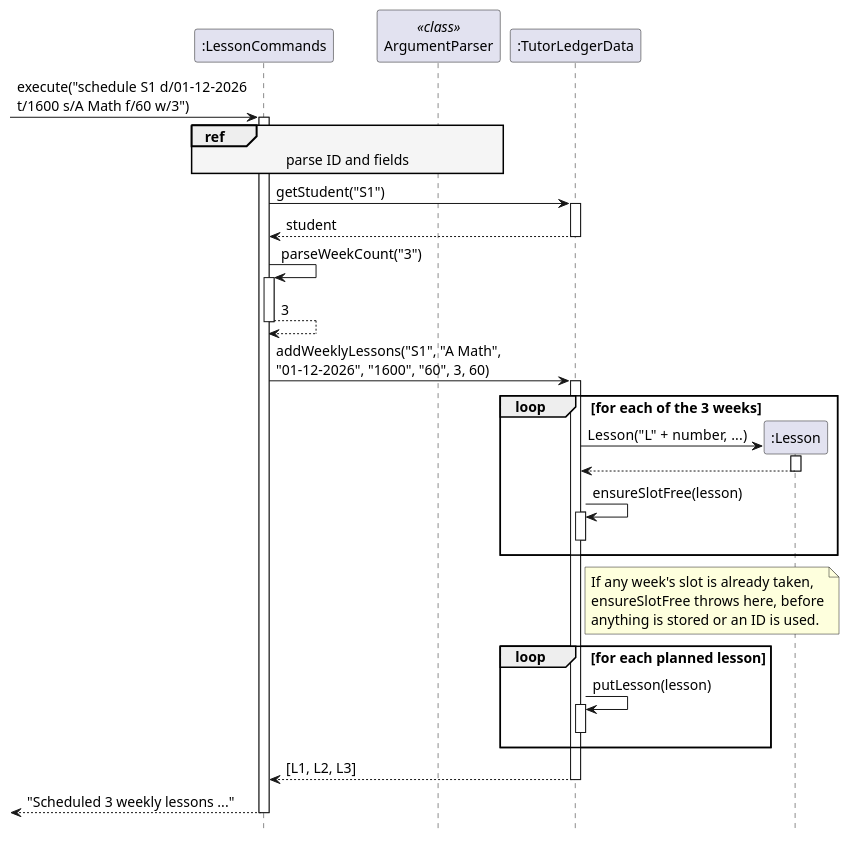
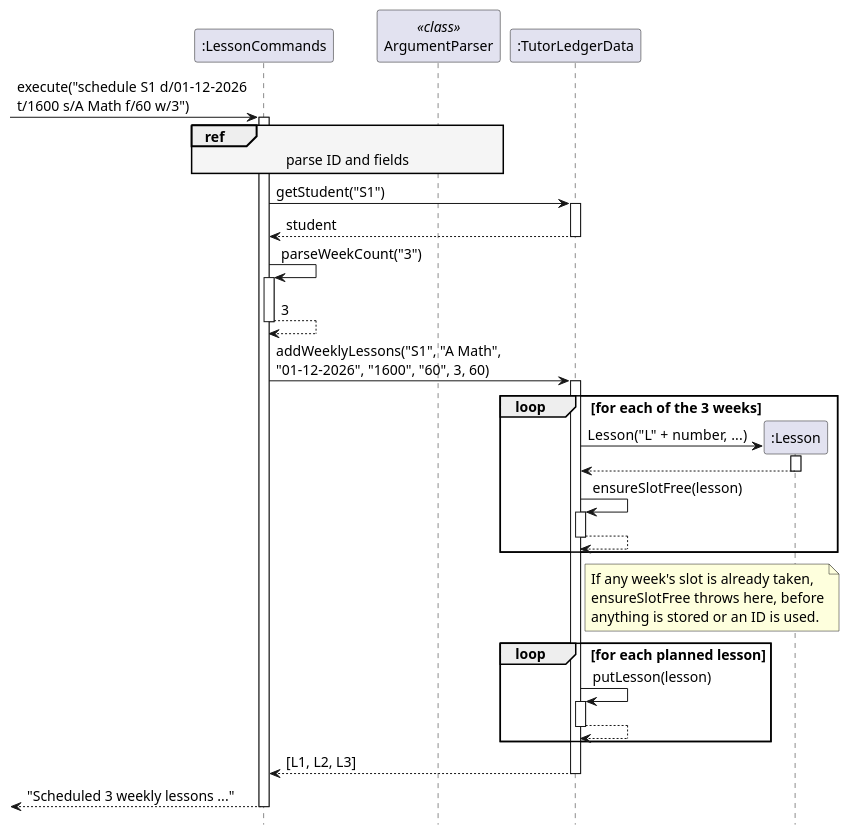
The diagram in docs/diagrams/lesson-weekly-sequence.puml (AY2627S1-CS2113-W12-2/tp), drawn with PlantUML before and after one commit. The commit also changed 21 other files, not shown here.

First line of the commit message:
DG: Add return arrows to self-calls in sequence diagrams

```diff
--- a/docs/diagrams/lesson-weekly-sequence.puml
+++ b/docs/diagrams/lesson-weekly-sequence.puml
@@ -1,58 +1,60 @@
 @startuml
 skinparam backgroundColor white
 skinparam defaultFontSize 14
 skinparam shadowing false
 skinparam sequenceReferenceBackgroundColor #F5F5F5
 hide footbox
 
 participant ":LessonCommands" as Commands
 participant "ArgumentParser" as Parser <<class>>
 participant ":TutorLedgerData" as Data
 
 [-> Commands : execute("schedule S1 d/01-12-2026\nt/1600 s/A Math f/60 w/3")
 activate Commands
 
 ref over Commands, Parser : parse ID and fields
 
 Commands -> Data : getStudent("S1")
 activate Data
 Data --> Commands : student
 deactivate Data
 
 Commands -> Commands : parseWeekCount("3")
 activate Commands
 Commands --> Commands : 3
 deactivate Commands
 
 Commands -> Data : addWeeklyLessons("S1", "A Math",\n"01-12-2026", "1600", "60", 3, 60)
 activate Data
 
 loop for each of the 3 weeks
   create ":Lesson" as Lesson
   Data -> Lesson : Lesson("L" + number, ...)
   activate Lesson
   Lesson --> Data
   deactivate Lesson
   Data -> Data : ensureSlotFree(lesson)
   activate Data
+  Data --> Data
   deactivate Data
 end
 
 note right of Data
   If any week's slot is already taken,
   ensureSlotFree throws here, before
   anything is stored or an ID is used.
 end note
 
 loop for each planned lesson
   Data -> Data : putLesson(lesson)
   activate Data
+  Data --> Data
   deactivate Data
 end
 
 Data --> Commands : [L1, L2, L3]
 deactivate Data
 
 [<-- Commands : "Scheduled 3 weekly lessons ..."
 deactivate Commands
 @enduml
```
